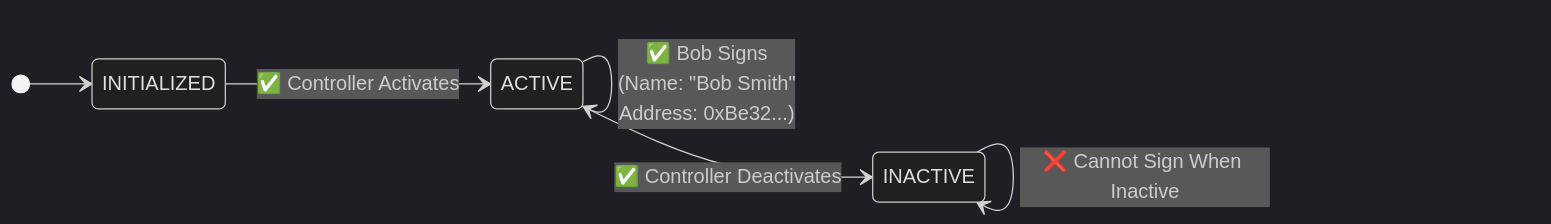
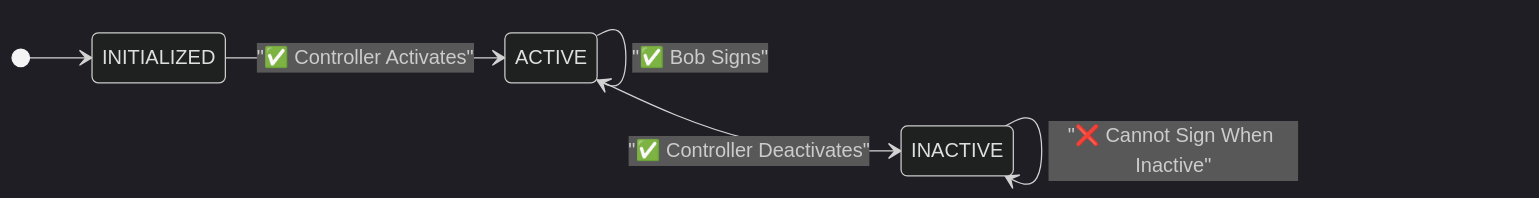
Before and after one commit to Consensys-Network-State/signet-execution-prototype: the third of 4 diagrams in lua-actor/src/tests/manifesto/manifesto.md, drawn with Mermaid (dark theme). The commit also changed other lines of this file, not shown here.

````diff
--- a/lua-actor/src/tests/manifesto/manifesto.md
+++ b/lua-actor/src/tests/manifesto/manifesto.md
@@ -72,10 +76,10 @@
 ```mermaid
 stateDiagram-v2
     direction LR
     [*] --> INITIALIZED
-    INITIALIZED --> ACTIVE: ✅ Controller Activates
-    ACTIVE --> ACTIVE: ✅ Alice Signs<br/>(Name: "Alice Johnson"<br/>Address: 0x4B20...)
-    ACTIVE --> ACTIVE: ✅ Bob Signs<br/>(Name: "Bob Smith"<br/>Address: 0xBe32...)
-    ACTIVE --> INACTIVE: ✅ Controller Deactivates
-    INACTIVE --> INACTIVE: ❌ Cannot Sign When Inactive
+    INITIALIZED --> ACTIVE: "✅ Controller Activates"
+    ACTIVE --> ACTIVE: "✅ Alice Signs"
+    ACTIVE --> ACTIVE: "✅ Bob Signs" 
+    ACTIVE --> INACTIVE: "✅ Controller Deactivates"
+    INACTIVE --> INACTIVE: "❌ Cannot Sign When Inactive"
 ```
````
